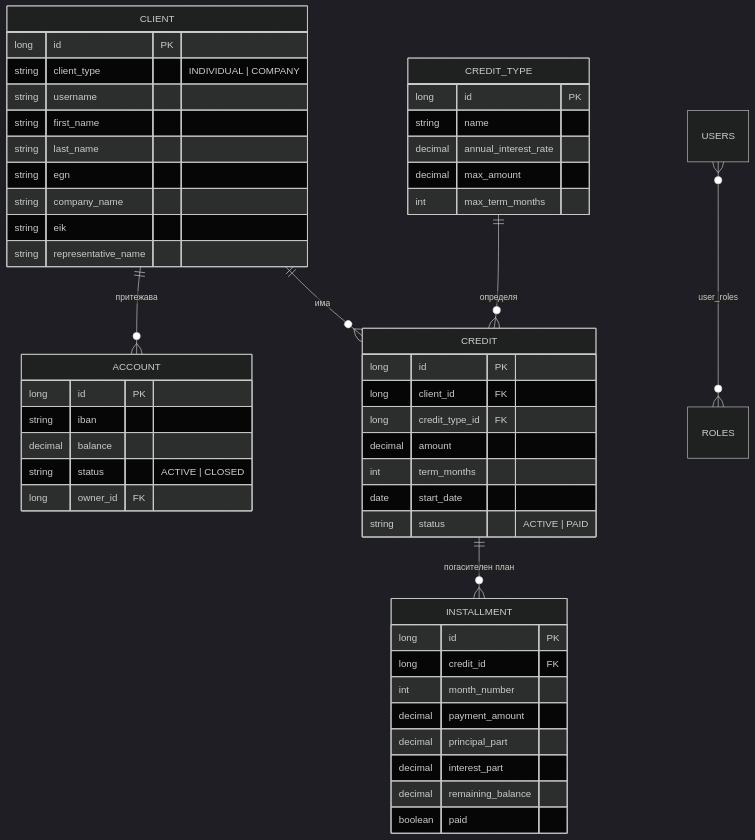
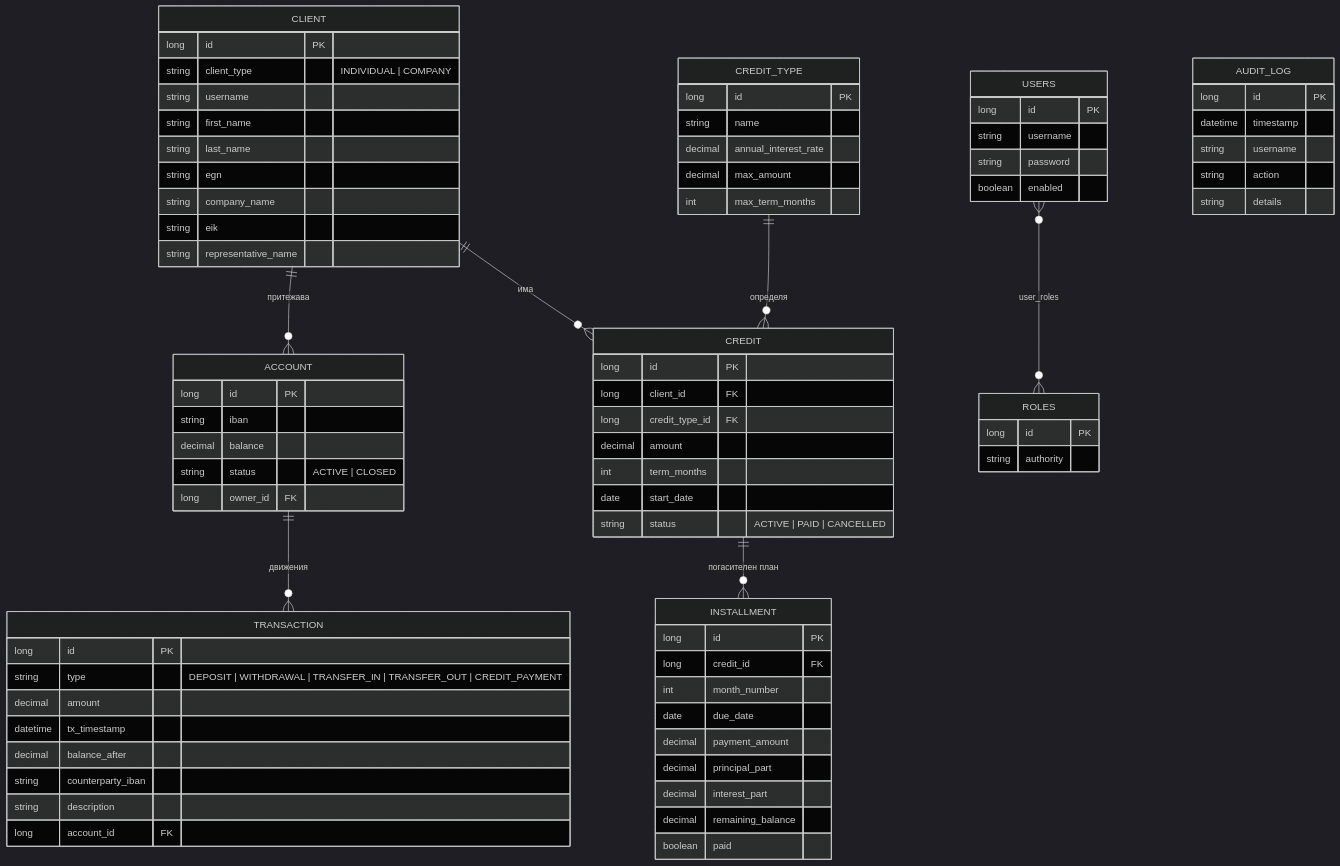
One commit to YuliyanNaydenov/bank-system changed the diagram in README.md. Above: the diagram before and after it, drawn with Mermaid (dark theme). The commit also changed other lines of this file and 112 other files, not shown here.

````diff
--- a/README.md
+++ b/README.md
@@ -53,53 +54,82 @@
 ```mermaid
 erDiagram
     CLIENT ||--o{ ACCOUNT : "притежава"
     CLIENT ||--o{ CREDIT  : "има"
     CREDIT_TYPE ||--o{ CREDIT : "определя"
     CREDIT ||--o{ INSTALLMENT : "погасителен план"
+    ACCOUNT ||--o{ TRANSACTION : "движения"
     USERS }o--o{ ROLES : "user_roles"
 
     CLIENT {
         long id PK
         string client_type "INDIVIDUAL | COMPANY"
         string username
         string first_name
         string last_name
         string egn
         string company_name
         string eik
         string representative_name
     }
     ACCOUNT {
         long id PK
         string iban
         decimal balance
         string status "ACTIVE | CLOSED"
         long owner_id FK
     }
+    TRANSACTION {
+        long id PK
+        string type "DEPOSIT | WITHDRAWAL | TRANSFER_IN | TRANSFER_OUT | CREDIT_PAYMENT"
+        decimal amount
+        datetime tx_timestamp
+        decimal balance_after
+        string counterparty_iban
+        string description
+        long account_id FK
+    }
     CREDIT_TYPE {
         long id PK
         string name
         decimal annual_interest_rate
         decimal max_amount
         int max_term_months
     }
     CREDIT {
         long id PK
         long client_id FK
         long credit_type_id FK
         decimal amount
         int term_months
         date start_date
-        string status "ACTIVE | PAID"
+        string status "ACTIVE | PAID | CANCELLED"
     }
     INSTALLMENT {
         long id PK
         long credit_id FK
         int month_number
+        date due_date
         decimal payment_amount
         decimal principal_part
         decimal interest_part
         decimal remaining_balance
         boolean paid
     }
+    AUDIT_LOG {
+        long id PK
+        datetime timestamp
+        string username
+        string action
+        string details
+    }
+    USERS {
+        long id PK
+        string username
+        string password
+        boolean enabled
+    }
+    ROLES {
+        long id PK
+        string authority
+    }
 ```
````
